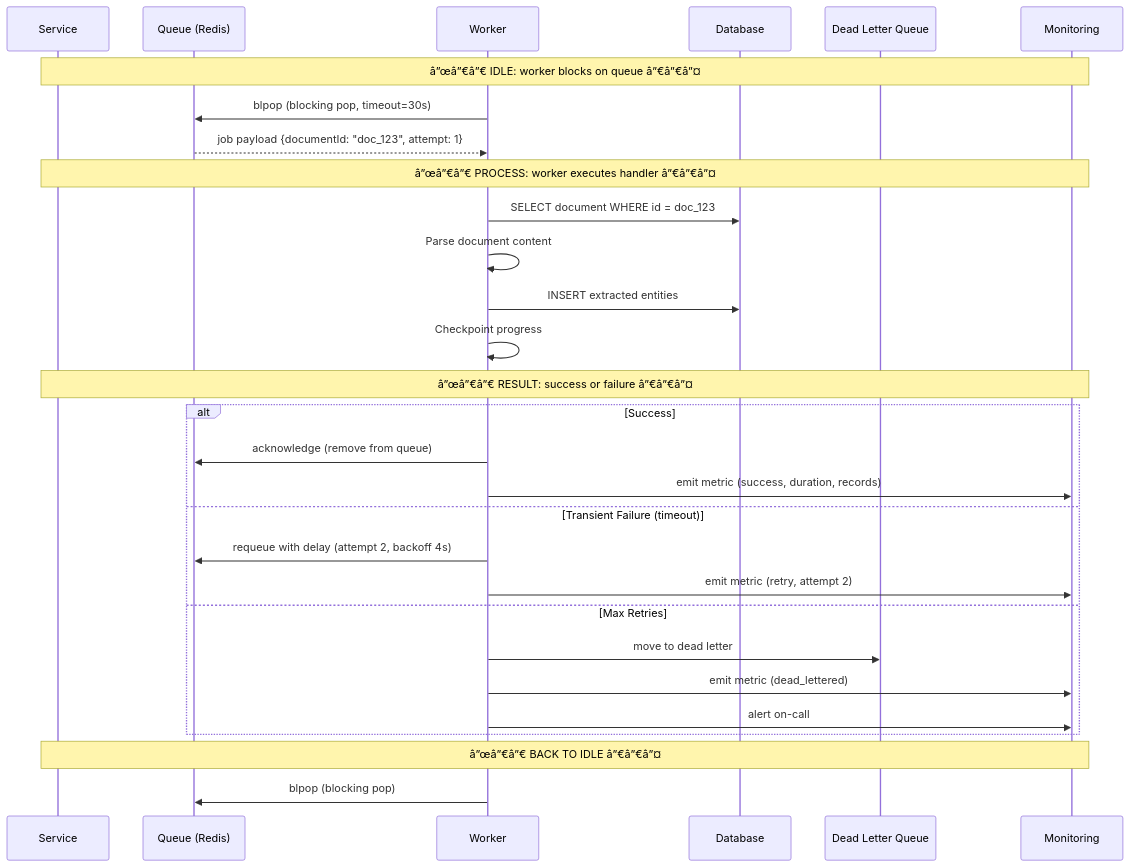
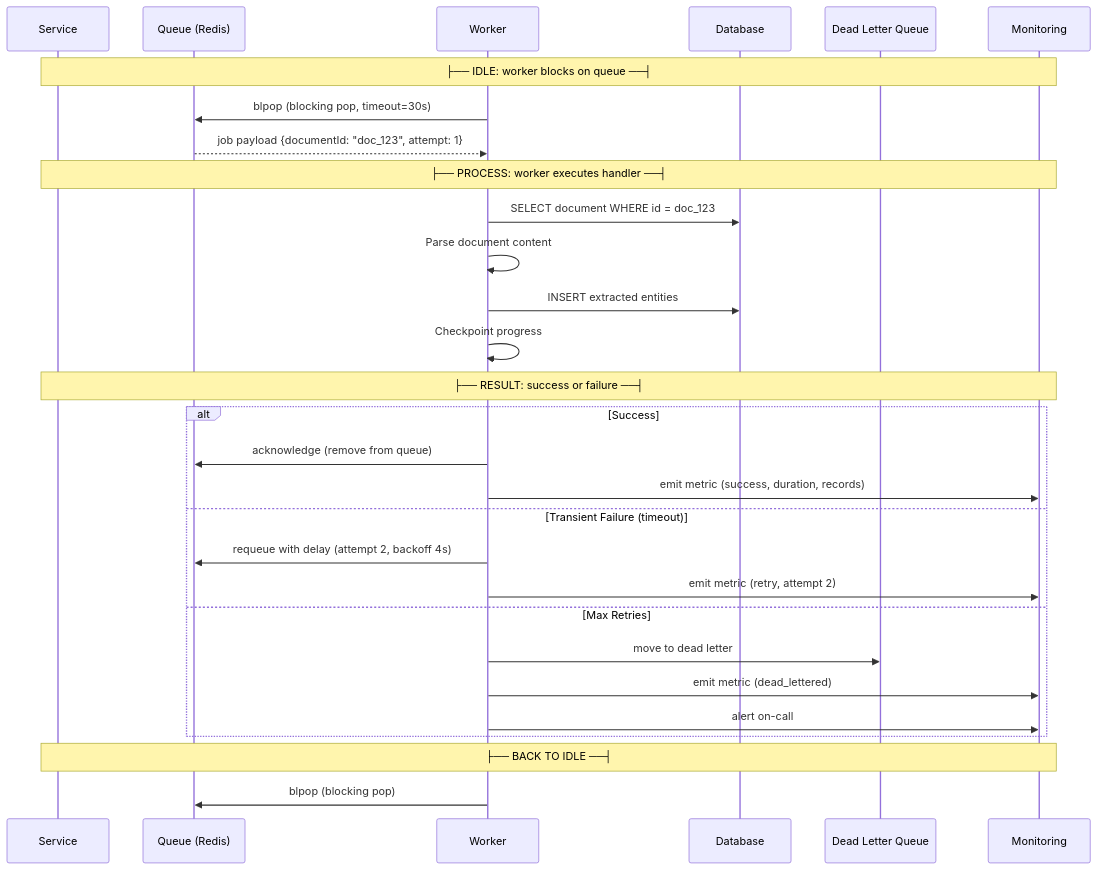
The second of 2 diagrams in docs/backend/Workers.md (Driftloom/Vaeloom), drawn with Mermaid before and after one commit. The commit also changed other lines of this file and 730 other files, not shown here.

````diff
--- a/docs/backend/Workers.md
+++ b/docs/backend/Workers.md
@@ -238,35 +238,35 @@
 ```mermaid
 sequenceDiagram
     participant S as Service
     participant Q as Queue (Redis)
     participant W as Worker
     participant DB as Database
     participant DLQ as Dead Letter Queue
     participant M as Monitoring
 
-    Note over S,M: â”œâ”€â”€ IDLE: worker blocks on queue â”€â”€â”¤
+    Note over S,M: ├── IDLE: worker blocks on queue ──┤
     W->>Q: blpop (blocking pop, timeout=30s)
     Q-->>W: job payload {documentId: "doc_123", attempt: 1}
 
-    Note over S,M: â”œâ”€â”€ PROCESS: worker executes handler â”€â”€â”¤
+    Note over S,M: ├── PROCESS: worker executes handler ──┤
     W->>DB: SELECT document WHERE id = doc_123
     W->>W: Parse document content
     W->>DB: INSERT extracted entities
     W->>W: Checkpoint progress
 
-    Note over S,M: â”œâ”€â”€ RESULT: success or failure â”€â”€â”¤
+    Note over S,M: ├── RESULT: success or failure ──┤
     alt Success
         W->>Q: acknowledge (remove from queue)
         W->>M: emit metric (success, duration, records)
     else Transient Failure (timeout)
         W->>Q: requeue with delay (attempt 2, backoff 4s)
         W->>M: emit metric (retry, attempt 2)
     else Max Retries
         W->>DLQ: move to dead letter
         W->>M: emit metric (dead_lettered)
         W->>M: alert on-call
     end
 
-    Note over S,M: â”œâ”€â”€ BACK TO IDLE â”€â”€â”¤
+    Note over S,M: ├── BACK TO IDLE ──┤
     W->>Q: blpop (blocking pop)
 ```
````
